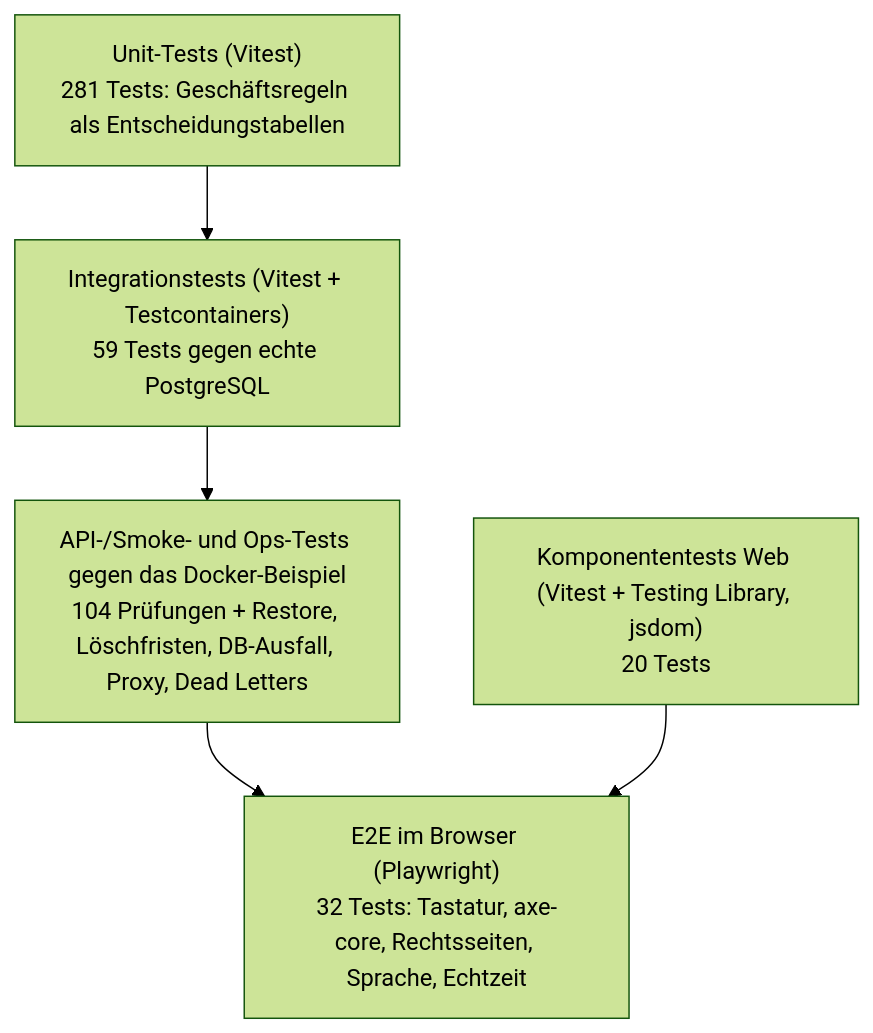
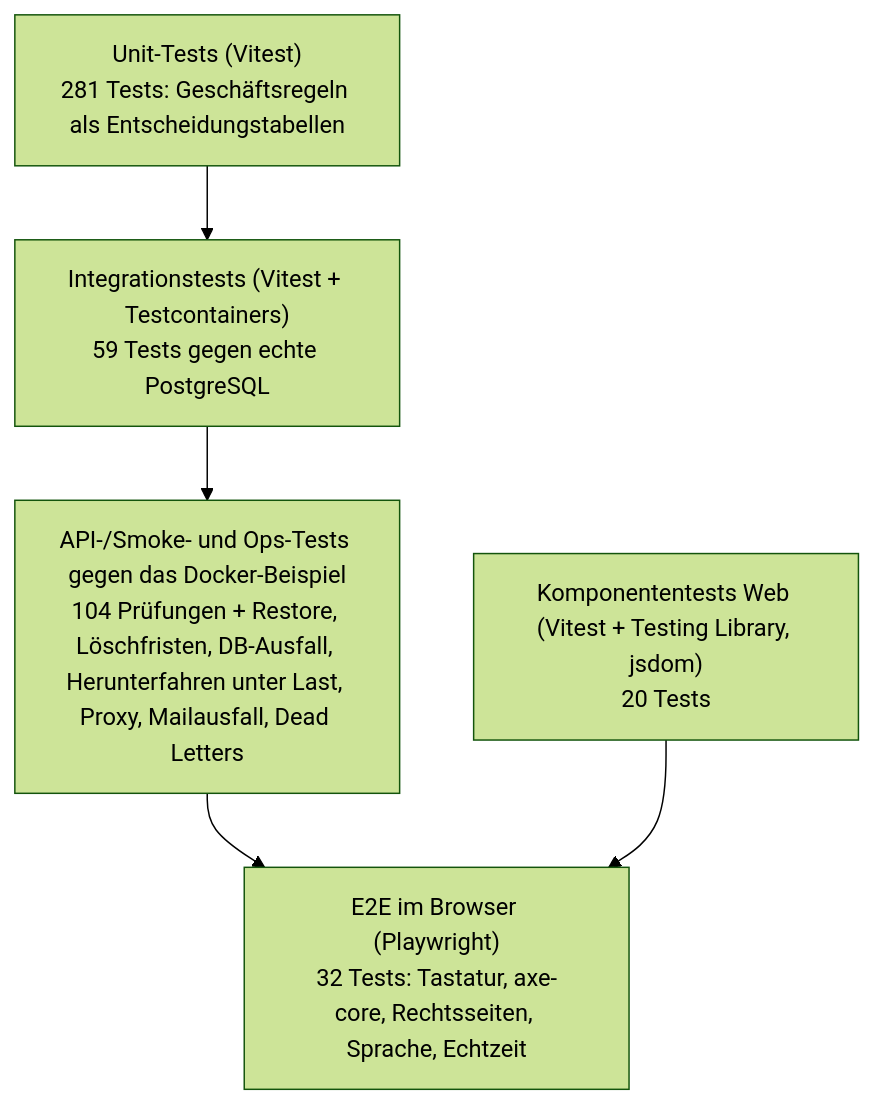
One commit to CaRo10Robert/SWeng_projekt2026 changed the first of 2 diagrams in docs/05-umsetzung/teststrategie.md. Above: the diagram before and after it, drawn with Mermaid (forest theme). The commit also changed other lines of this file and 25 other files, not shown here.

````diff
--- a/docs/05-umsetzung/teststrategie.md
+++ b/docs/05-umsetzung/teststrategie.md
@@ -17,10 +17,10 @@
 ```mermaid
 flowchart TD
     E2E["E2E im Browser (Playwright)<br/>32 Tests: Tastatur, axe-core, Rechtsseiten, Sprache, Echtzeit"]
-    SMOKE["API-/Smoke- und Ops-Tests gegen das Docker-Beispiel<br/>104 Prüfungen + Restore, Löschfristen, DB-Ausfall, Proxy, Dead Letters"]
+    SMOKE["API-/Smoke- und Ops-Tests gegen das Docker-Beispiel<br/>104 Prüfungen + Restore, Löschfristen, DB-Ausfall, Herunterfahren unter Last, Proxy, Mailausfall, Dead Letters"]
     INT["Integrationstests (Vitest + Testcontainers)<br/>59 Tests gegen echte PostgreSQL"]
     COMP["Komponententests Web (Vitest + Testing Library, jsdom)<br/>20 Tests"]
     UNIT["Unit-Tests (Vitest)<br/>281 Tests: Geschäftsregeln als Entscheidungstabellen"]
     UNIT --> INT --> SMOKE --> E2E
     COMP --> E2E
 ```
````
